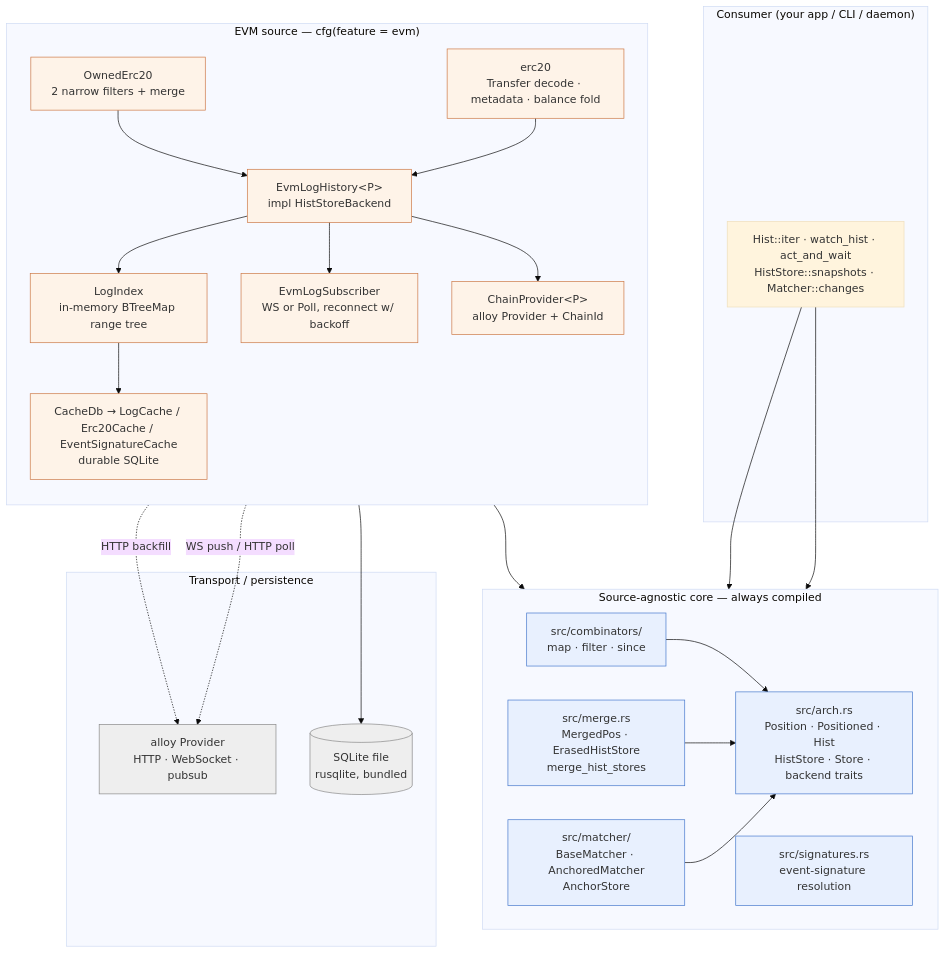
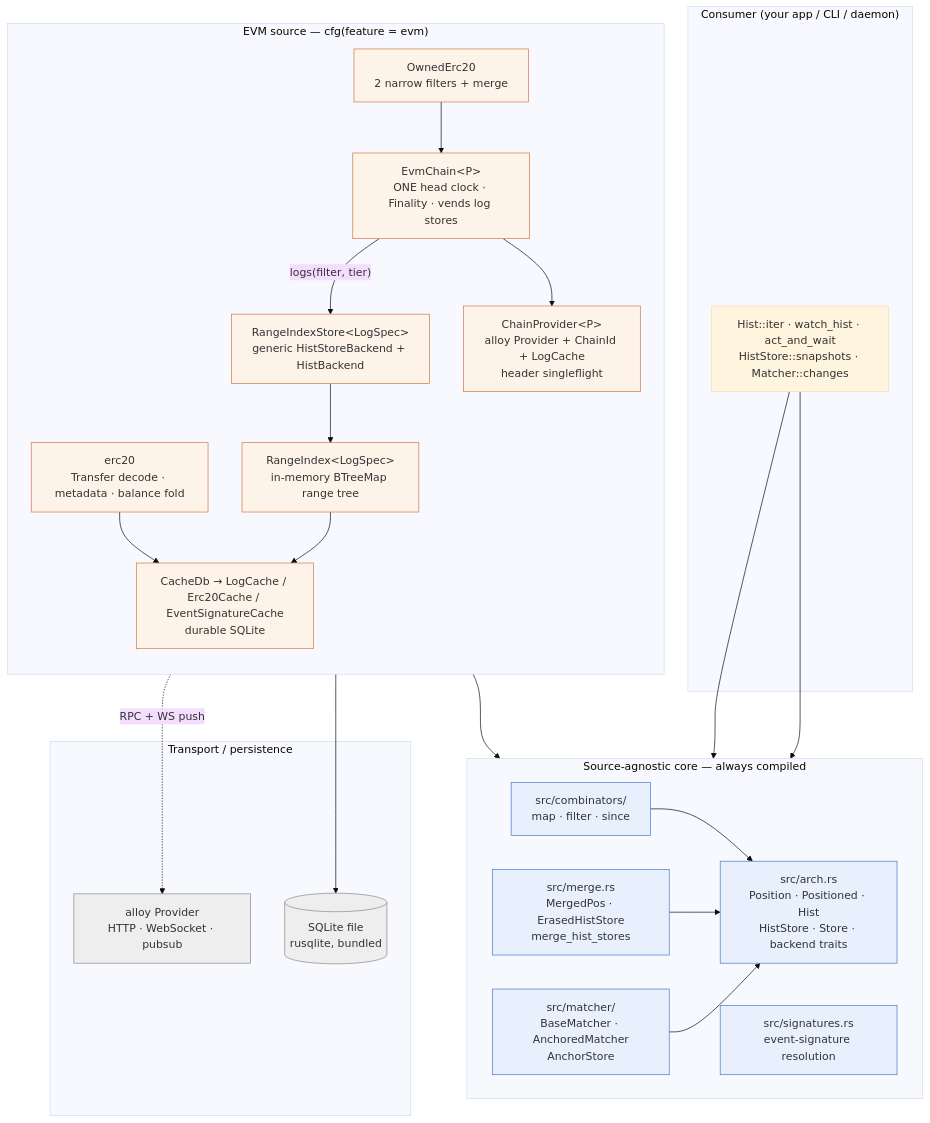
Before and after one commit to nikicat/chainfold: the second of 12 diagrams in docs/ARCHITECTURE.md, drawn with Mermaid (base theme). The commit also changed other lines of this file and 2 other files, not shown here.

First line of the commit message:
docs: align ARCHITECTURE.md + refactor.md + TODO.md with shipped R3

````diff
--- a/docs/ARCHITECTURE.md
+++ b/docs/ARCHITECTURE.md
@@ -124,54 +127,53 @@
 ```mermaid
 flowchart TB
     subgraph CONSUMER["Consumer (your app / CLI / daemon)"]
         UserCode["Hist::iter · watch_hist · act_and_wait<br/>HistStore::snapshots · Matcher::changes"]
     end
 
     subgraph CORE["Source-agnostic core — always compiled"]
         direction LR
         arch["src/arch.rs<br/>Position · Positioned · Hist<br/>HistStore · Store · backend traits"]
         combinators["src/combinators/<br/>map · filter · since"]
         merge["src/merge.rs<br/>MergedPos · ErasedHistStore<br/>merge_hist_stores"]
         matcher["src/matcher/<br/>BaseMatcher · AnchoredMatcher<br/>AnchorStore"]
         signatures["src/signatures.rs<br/>event-signature resolution"]
     end
 
     subgraph EVM["EVM source — cfg(feature = evm)"]
         direction TB
-        EvmLogHistory["EvmLogHistory&lt;P&gt;<br/>impl HistStoreBackend"]
+        EvmChain["EvmChain&lt;P&gt;<br/>ONE head clock · Finality · vends log stores"]
         OwnedErc20["OwnedErc20<br/>2 narrow filters + merge"]
         Erc20["erc20<br/>Transfer decode · metadata · balance fold"]
-        LogIndex["LogIndex<br/>in-memory BTreeMap range tree"]
+        RIStore["RangeIndexStore&lt;LogSpec&gt;<br/>generic HistStoreBackend + HistBackend"]
+        RangeIndex["RangeIndex&lt;LogSpec&gt;<br/>in-memory BTreeMap range tree"]
         Cache["CacheDb → LogCache / Erc20Cache / EventSignatureCache<br/>durable SQLite"]
-        Subscriber["EvmLogSubscriber<br/>WS or Poll, reconnect w/ backoff"]
-        ChainProvider["ChainProvider&lt;P&gt;<br/>alloy Provider + ChainId"]
+        ChainProvider["ChainProvider&lt;P&gt;<br/>alloy Provider + ChainId + LogCache<br/>header singleflight"]
     end
 
     subgraph TRANSPORT["Transport / persistence"]
         Alloy["alloy Provider<br/>HTTP · WebSocket · pubsub"]
         SQLite[("SQLite file<br/>rusqlite, bundled")]
     end
 
     UserCode --> arch
     UserCode --> matcher
     combinators --> arch
     merge --> arch
     matcher --> arch
     OwnedErc20 --> merge
-    OwnedErc20 --> EvmLogHistory
-    Erc20 --> EvmLogHistory
-    EvmLogHistory --> LogIndex
-    EvmLogHistory --> Subscriber
-    EvmLogHistory --> ChainProvider
-    LogIndex --> Cache
-    ChainProvider -.HTTP backfill.-> Alloy
-    Subscriber -.WS push / HTTP poll.-> Alloy
+    OwnedErc20 --> EvmChain
+    Erc20 --> Cache
+    EvmChain -- "logs(filter, tier)" --> RIStore
+    EvmChain --> ChainProvider
+    RIStore --> RangeIndex
+    RangeIndex --> Cache
+    ChainProvider -.RPC + WS push.-> Alloy
     Cache --> SQLite
 
     classDef core fill:#e8f0fe,stroke:#4477cc
     classDef evm fill:#fef3e8,stroke:#cc7744
     classDef transport fill:#eee,stroke:#888
     class arch,combinators,merge,matcher,signatures core
-    class EvmLogHistory,OwnedErc20,Erc20,LogIndex,Cache,Subscriber,ChainProvider evm
+    class EvmChain,OwnedErc20,Erc20,RIStore,RangeIndex,Cache,ChainProvider evm
     class Alloy,SQLite transport
 ```
````
